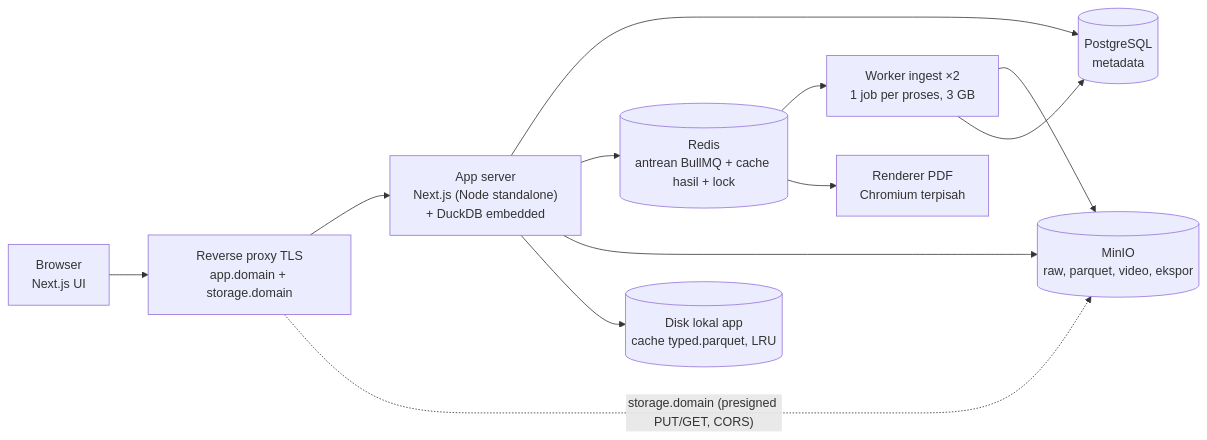
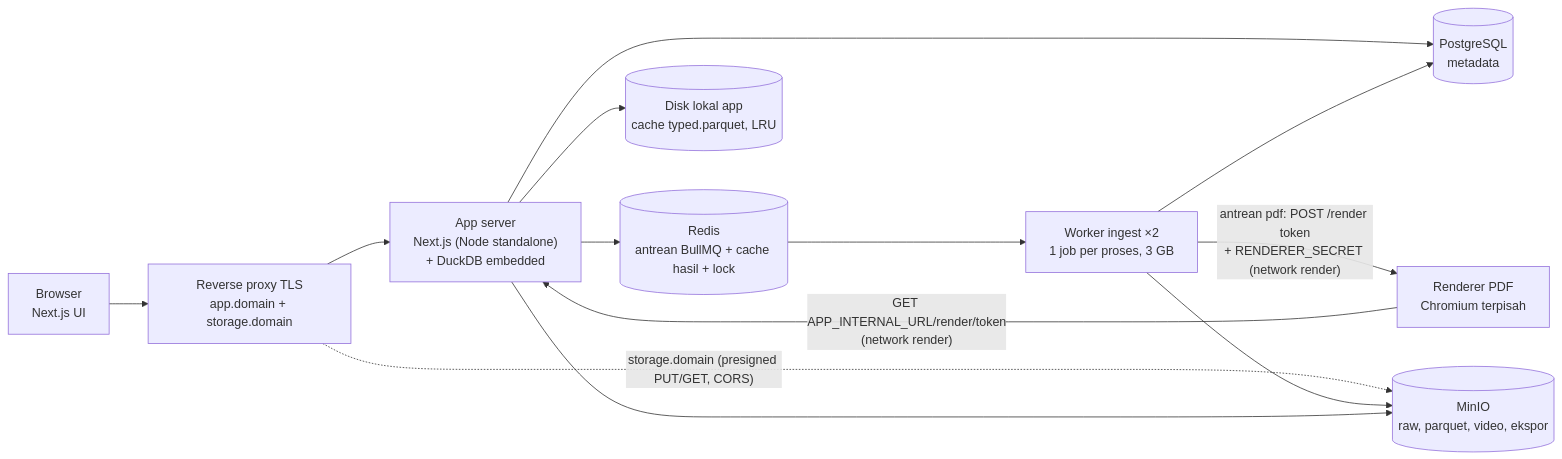
Before and after one commit to anas-fikri/data-dashboard: the sixth of 9 diagrams in docs/flow-kerja.md, drawn with Mermaid. The commit also changed other lines of this file and 90 other files, not shown here.

First line of the commit message:
feat(exports): ekspor dashboard ke PDF lewat renderer Chromium terpisah (T-018)

````diff
--- a/docs/flow-kerja.md
+++ b/docs/flow-kerja.md
@@ -129,14 +129,15 @@
 ```mermaid
 flowchart LR
   B["Browser<br/>Next.js UI"] --> RP["Reverse proxy TLS<br/>app.domain + storage.domain"]
   RP --> A["App server<br/>Next.js (Node standalone)<br/>+ DuckDB embedded"]
   RP -. "storage.domain (presigned PUT/GET, CORS)" .-> MO[("MinIO<br/>raw, parquet, video, ekspor")]
   A --> PG[("PostgreSQL<br/>metadata")]
   A --> RD[("Redis<br/>antrean BullMQ + cache hasil + lock")]
   RD --> WK["Worker ingest ×2<br/>1 job per proses, 3 GB"]
-  RD --> RN["Renderer PDF<br/>Chromium terpisah"]
+  WK -- "antrean pdf: POST /render token<br/>+ RENDERER_SECRET (network render)" --> RN["Renderer PDF<br/>Chromium terpisah"]
+  RN -- "GET APP_INTERNAL_URL/render/token<br/>(network render)" --> A
   WK --> MO
   WK --> PG
   A --> MO
   A --> LC[("Disk lokal app<br/>cache typed.parquet, LRU")]
 ```
````
